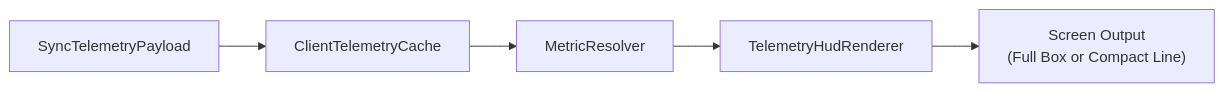
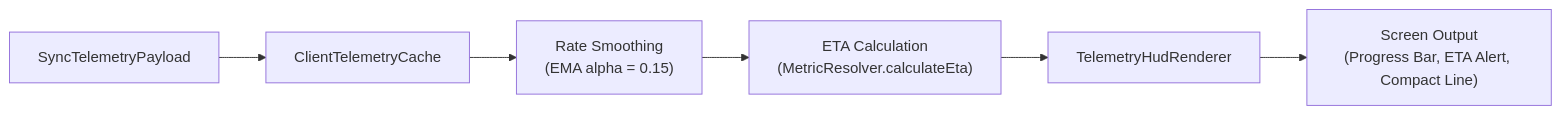
One commit to alikuxac/MachineMetrics changed the third of 3 diagrams in docs/data-flow.md. Above: the diagram before and after it, drawn with Mermaid. The commit also changed other lines of this file and 15 other files, not shown here.

First line of the commit message:
feat(hud): add storage bar and fix cable metrics

````diff
--- a/docs/data-flow.md
+++ b/docs/data-flow.md
@@ -110,7 +121,8 @@
 ```mermaid
 flowchart LR
     Packet["SyncTelemetryPayload"] --> Cache["ClientTelemetryCache"]
-    Cache --> Resolver["MetricResolver"]
-    Resolver --> Renderer["TelemetryHudRenderer"]
-    Renderer --> HUD["Screen Output<br/>(Full Box or Compact Line)"]
+    Cache --> Smooth["Rate Smoothing<br/>(EMA alpha = 0.15)"]
+    Smooth --> ETA["ETA Calculation<br/>(MetricResolver.calculateEta)"]
+    Renderer --> HUD["Screen Output<br/>(Progress Bar, ETA Alert, Compact Line)"]
+    ETA --> Renderer["TelemetryHudRenderer"]
 ```
````
